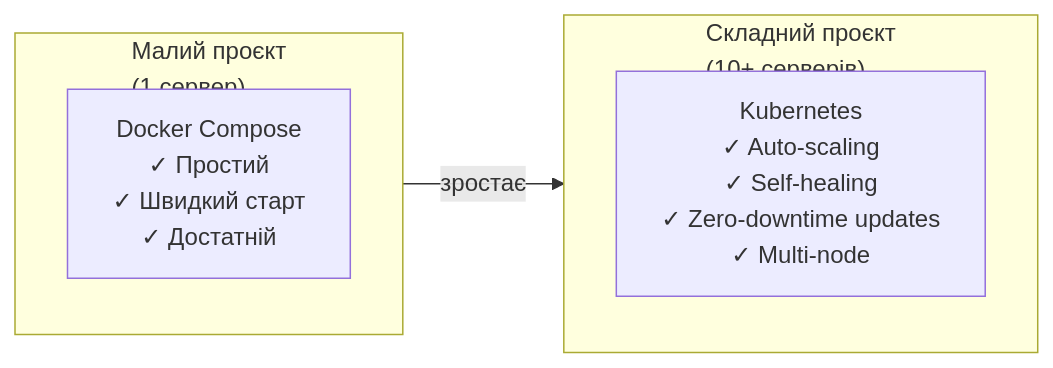
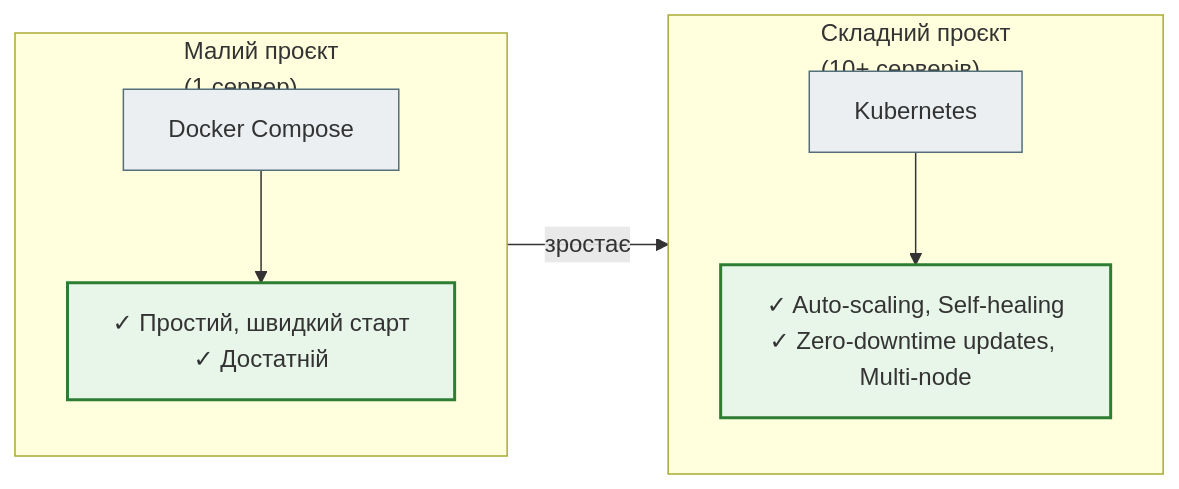
Before and after one commit to NikoriakViktot/notes_chat_app: the second of 2 diagrams in docs/11_deployment/deploy_17_kubernetes_overview_full.md, drawn with Mermaid. The commit also changed other lines of this file and 441 other files, not shown here.

First line of the commit message:
Add English version of the book, Mermaid standard, docs fixes

````diff
--- a/docs/11_deployment/deploy_17_kubernetes_overview_full.md
+++ b/docs/11_deployment/deploy_17_kubernetes_overview_full.md
@@ -184,12 +193,18 @@
 ```mermaid
 flowchart LR
-    subgraph Simple ["Малий проєкт\n(1 сервер)"]
-        DC["Docker Compose\n✓ Простий\n✓ Швидкий старт\n✓ Достатній"]
+    subgraph Simple ["Малий проєкт<br>(1 сервер)"]
+        DC["Docker Compose"] --> DCF["✓ Простий, швидкий старт<br>✓ Достатній"]
     end
 
-    subgraph Complex ["Складний проєкт\n(10+ серверів)"]
-        K8s["Kubernetes\n✓ Auto-scaling\n✓ Self-healing\n✓ Zero-downtime updates\n✓ Multi-node"]
+    subgraph Complex ["Складний проєкт<br>(10+ серверів)"]
+        K8s["Kubernetes"] --> K8sF["✓ Auto-scaling, Self-healing<br>✓ Zero-downtime updates, Multi-node"]
     end
 
     Simple -->|"зростає"| Complex
+
+    classDef step     fill:#eceff1,stroke:#546e7a,stroke-width:1px;
+    classDef success  fill:#e8f5e9,stroke:#2e7d32,stroke-width:2px;
+
+    class DC,K8s step;
+    class DCF,K8sF success;
 ```
````
